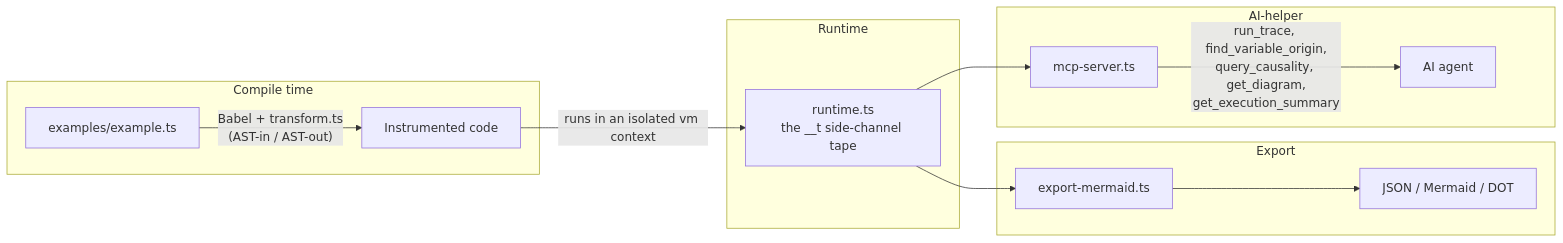
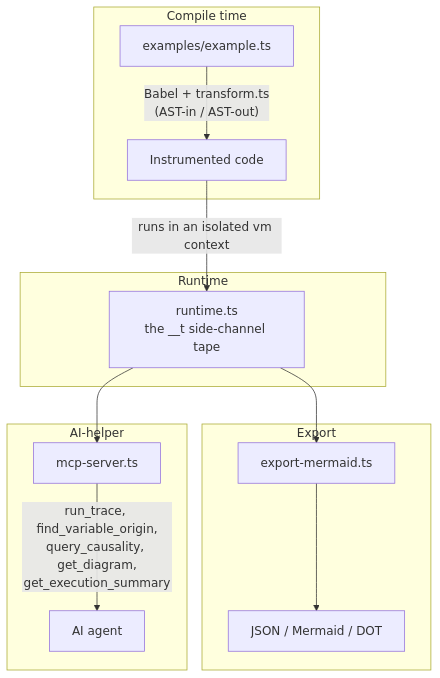
The diagram in README.md (andrey-karasev-gmail/mnemosyne), drawn with Mermaid before and after one commit.

Commit message:
Make README architecture diagram vertical (TD instead of LR)

````diff
--- a/README.md
+++ b/README.md
@@ -33,17 +33,17 @@
 ```mermaid
-flowchart LR
+flowchart TD
   subgraph "Compile time"
     SRC["examples/example.ts"] -->|"Babel + transform.ts\n(AST-in / AST-out)"| GEN["Instrumented code"]
   end
   subgraph "Runtime"
     GEN -->|"runs in an isolated vm context"| TAPE["runtime.ts\nthe __t side-channel tape"]
   end
   subgraph "Export"
     TAPE --> MMD["export-mermaid.ts"]
     MMD --> OUT["JSON / Mermaid / DOT"]
   end
   subgraph "AI-helper"
     TAPE --> MCP["mcp-server.ts"]
     MCP -->|"run_trace, find_variable_origin,\nquery_causality, get_diagram,\nget_execution_summary"| AGENT["AI agent"]
   end
 ```
````
